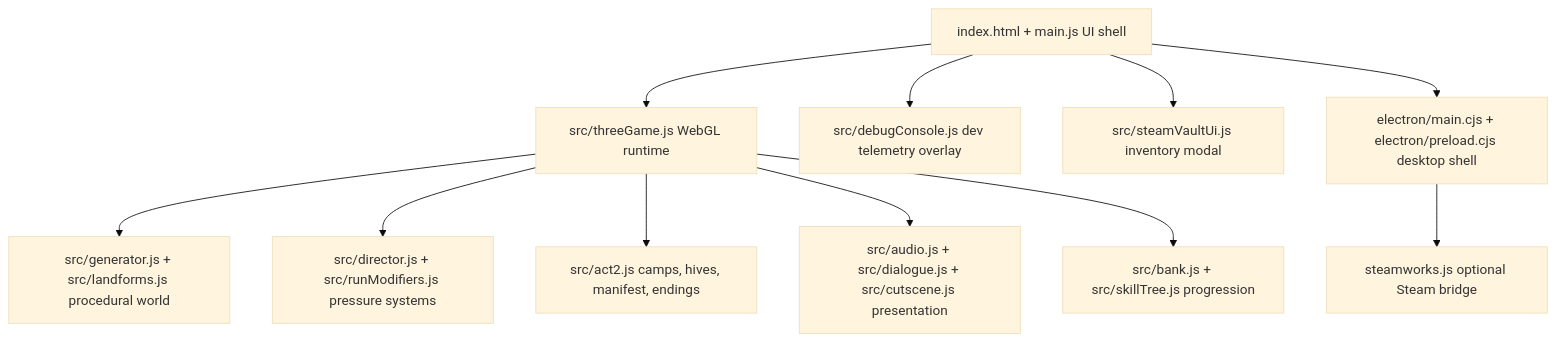
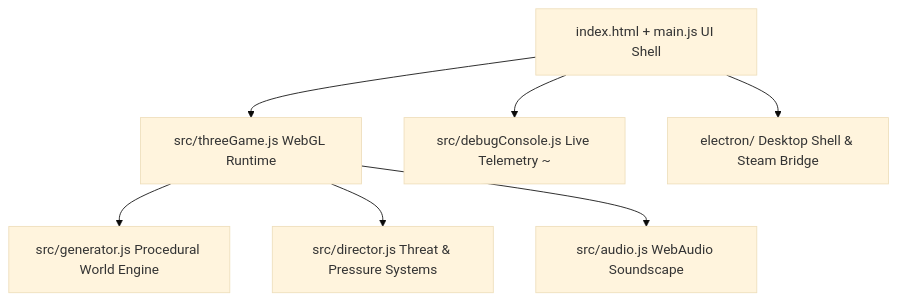
One commit to grounded-play/hunker-bunker changed the diagram in README.md. Above: the diagram before and after it, drawn with Mermaid (base theme). The commit also changed other lines of this file and 5 other files, not shown here.

````diff
--- a/README.md
+++ b/README.md
@@ -137,13 +108,9 @@
 ```mermaid
 graph TD
-    A[index.html + main.js UI shell] --> B[src/threeGame.js WebGL runtime]
-    B --> C[src/generator.js + src/landforms.js procedural world]
-    B --> D[src/director.js + src/runModifiers.js pressure systems]
-    B --> E[src/act2.js camps, hives, manifest, endings]
-    B --> F[src/audio.js + src/dialogue.js + src/cutscene.js presentation]
-    B --> G[src/bank.js + src/skillTree.js progression]
-    A --> H[src/debugConsole.js dev telemetry overlay]
-    A --> I[src/steamVaultUi.js inventory modal]
-    A --> J[electron/main.cjs + electron/preload.cjs desktop shell]
-    J --> K[steamworks.js optional Steam bridge]
+    A[index.html + main.js UI Shell] --> B[src/threeGame.js WebGL Runtime]
+    B --> C[src/generator.js Procedural World Engine]
+    B --> D[src/director.js Threat & Pressure Systems]
+    B --> E[src/audio.js WebAudio Soundscape]
+    A --> F[src/debugConsole.js Live Telemetry ~]
+    A --> G[electron/ Desktop Shell & Steam Bridge]
 ```
````
